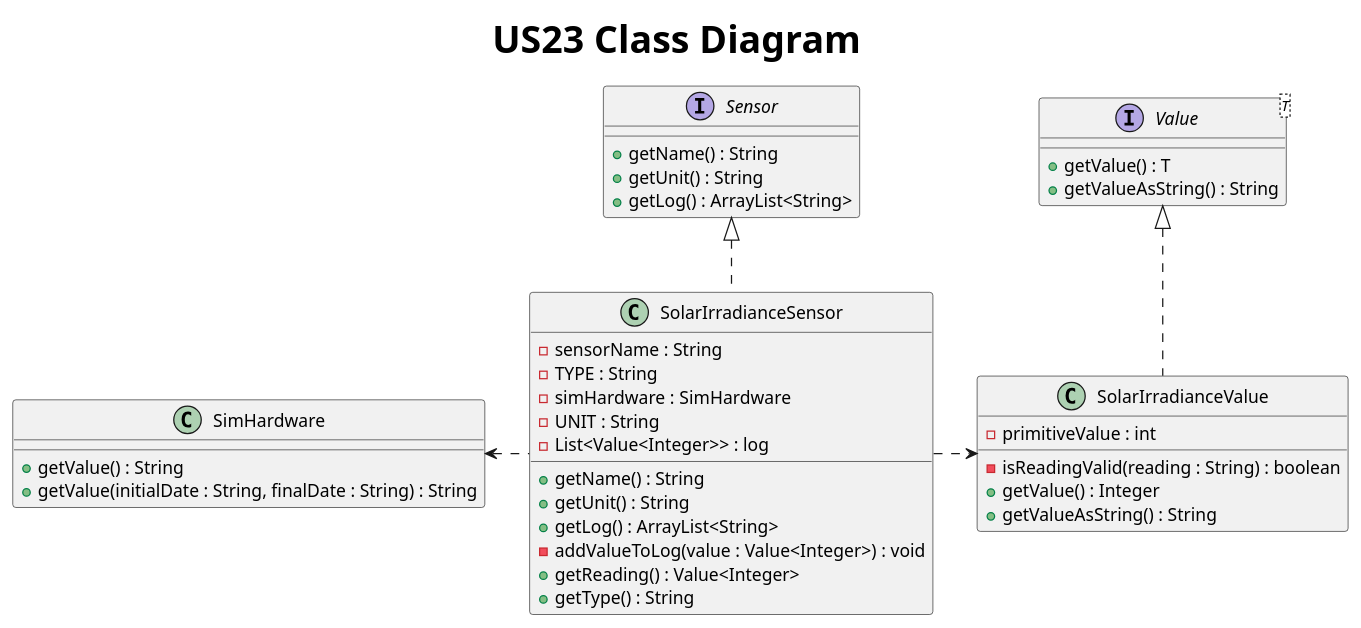
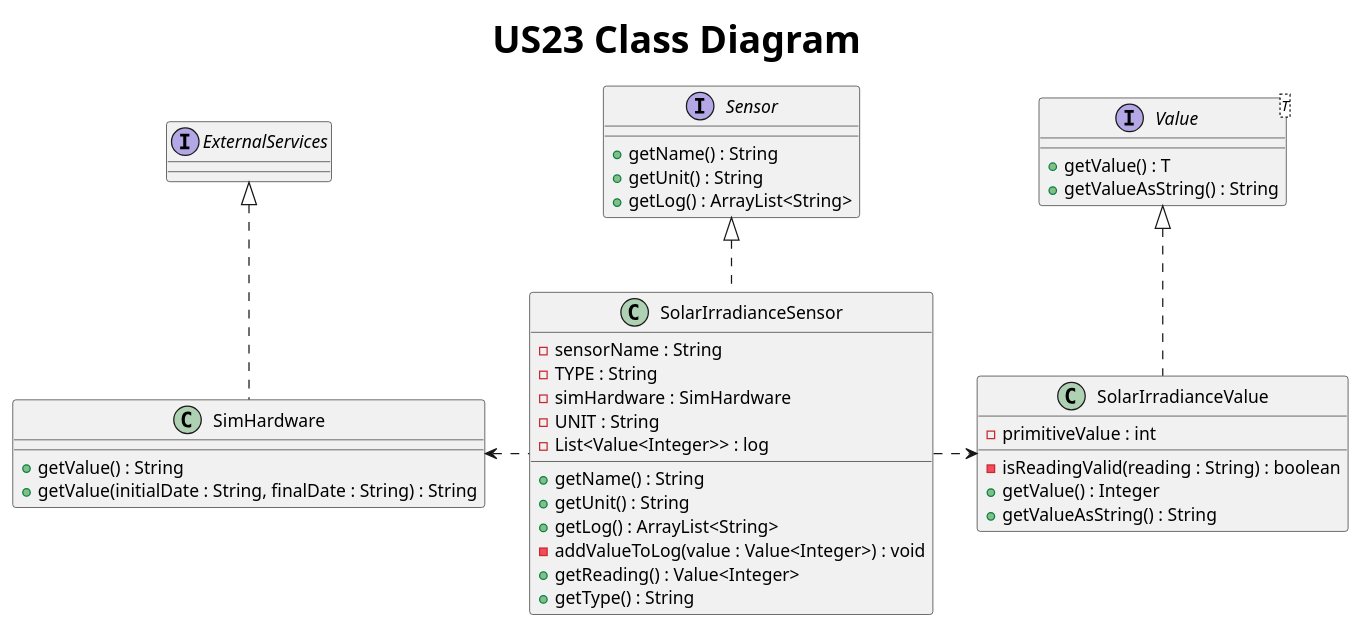
The diagram in Docs/US23/S3US23ClassDiagram.puml (AfonsoNeves77/smartHouse), drawn with PlantUML before and after one commit. The commit also changed 4 other files, not shown here.

Commit message:
Team Review: minor updates and corrections to USo1, 02, 03, 23, 26 Class Diagrams.

```diff
--- a/Docs/US23/S3US23ClassDiagram.puml
+++ b/Docs/US23/S3US23ClassDiagram.puml
@@ -1,48 +1,51 @@
 @startuml
 title <size: 30> US23 Class Diagram
 
 interface Sensor {
     + getName() : String
     + getUnit() : String
     + getLog() : ArrayList<String>
 }
 
 interface Value<T> {
     + getValue() : T
     + getValueAsString() : String
 }
 
 class SimHardware {
      + getValue() : String
      + getValue(initialDate : String, finalDate : String) : String
 }
 
 class SolarIrradianceSensor {
     - sensorName : String
     - TYPE : String
     - simHardware : SimHardware
     - UNIT : String
     - List<Value<Integer>> : log
 
     + getName() : String
     + getUnit() : String
     + getLog() : ArrayList<String>
     - addValueToLog(value : Value<Integer>) : void
     + getReading() : Value<Integer>
     + getType() : String
 }
 
 class SolarIrradianceValue {
     - primitiveValue : int
 
     - isReadingValid(reading : String) : boolean
     + getValue() : Integer
     + getValueAsString() : String
 }
 
+interface ExternalServices{}
+
 Value <|.. SolarIrradianceValue
 Sensor <|.. SolarIrradianceSensor
 SolarIrradianceSensor .right.> SolarIrradianceValue
 SolarIrradianceSensor .left.> SimHardware
+ExternalServices <|.. SimHardware
 
 @enduml
```
